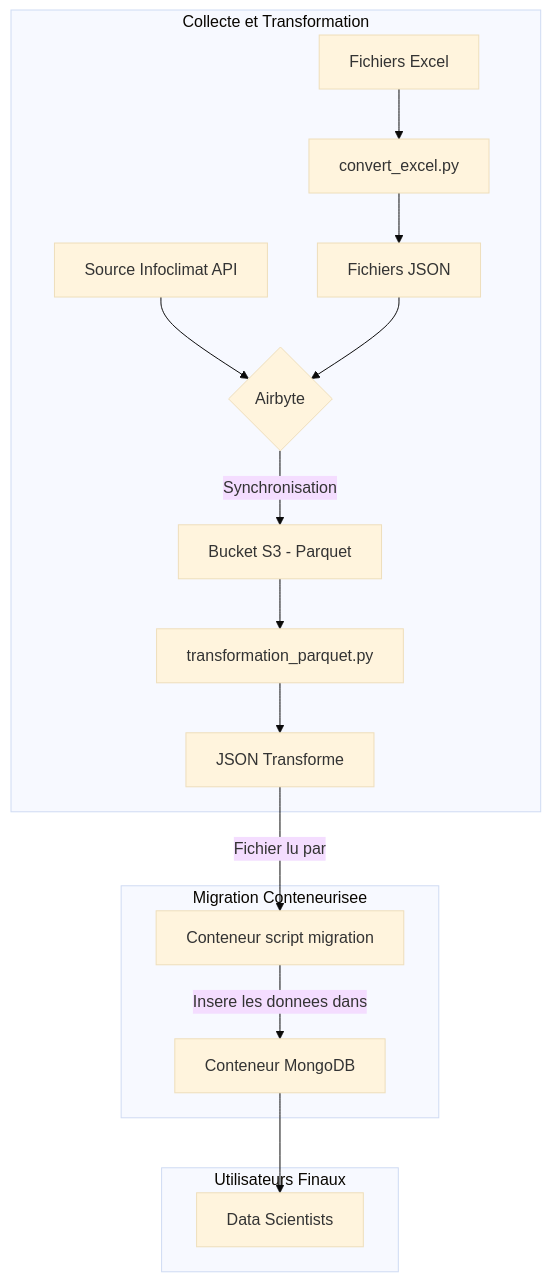
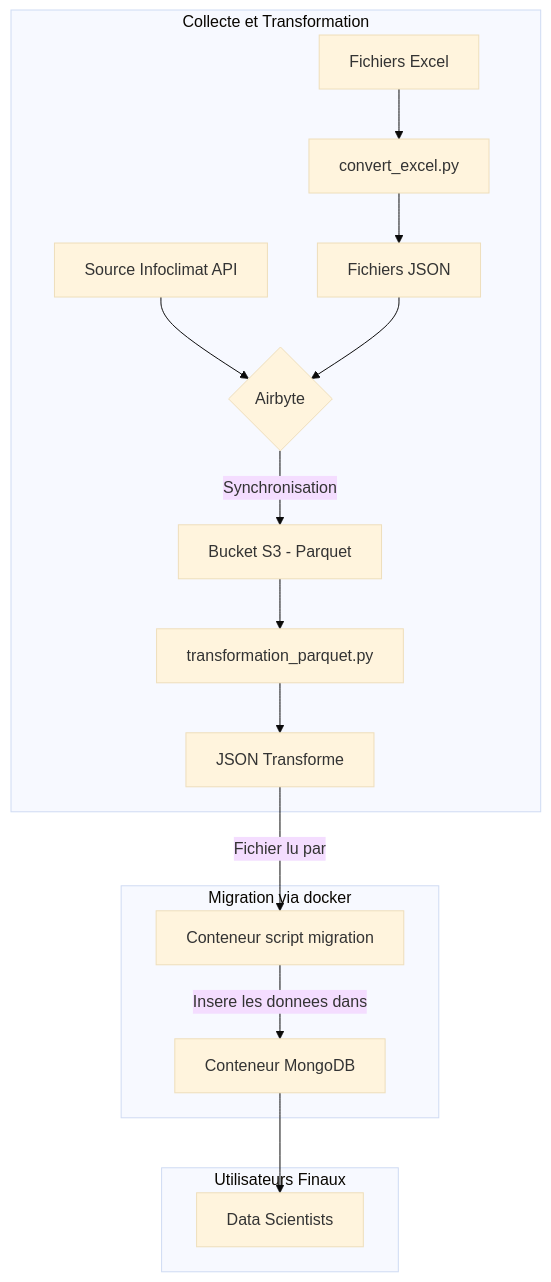
One commit to Ping689/Projet_8 changed the diagram in Readme.md. Above: the diagram before and after it, drawn with Mermaid (base theme). The commit also changed other lines of this file, not shown here.

````diff
--- a/Readme.md
+++ b/Readme.md
@@ -56,22 +50,22 @@
 ```mermaid
 graph TD
     subgraph "Collecte et Transformation"
         A["Fichiers Excel"] --> B["convert_excel.py"];
         B --> C["Fichiers JSON"];
         D["Source Infoclimat API"] --> E{Airbyte};
         C --> E;
         E -- Synchronisation --> F["Bucket S3 - Parquet"];
         F --> G["transformation_parquet.py"];
         G --> H["JSON Transforme"];
     end
 
-    subgraph "Migration Conteneurisee"
+    subgraph "Migration via docker"
         H -- Fichier lu par --> I["Conteneur script migration"];
         J["Conteneur MongoDB"];
         I -- Insere les donnees dans --> J;
     end
 
     subgraph "Utilisateurs Finaux"
         J --> K["Data Scientists"];
     end
 ```
````
